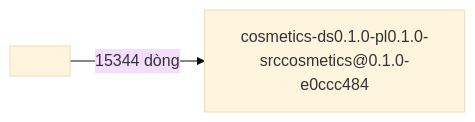
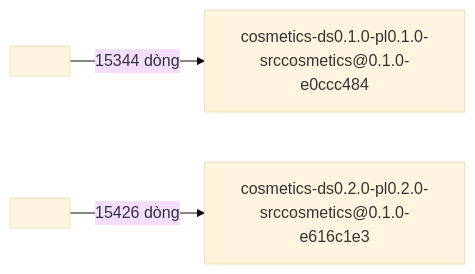
One commit to TrieuKhac-dev/SentimentX changed the diagram in data/reports/dataset_registry/dataset_registry.md. Above: the diagram before and after it, drawn with Mermaid (base theme). The commit also changed 56 other files, not shown here.

````diff
--- a/data/reports/dataset_registry/dataset_registry.md
+++ b/data/reports/dataset_registry/dataset_registry.md
@@ -3,6 +3,9 @@
 ```mermaid
 graph LR
   n1["<nguồn v0.1.0>"]
   n2["cosmetics-ds0.1.0-pl0.1.0-srccosmetics@0.1.0-e0ccc484"]
+  n3["<nguồn v0.2.0>"]
+  n4["cosmetics-ds0.2.0-pl0.2.0-srccosmetics@0.1.0-e616c1e3"]
   n1 -->|15344 dòng| n2
+  n3 -->|15426 dòng| n4
 ```
````
